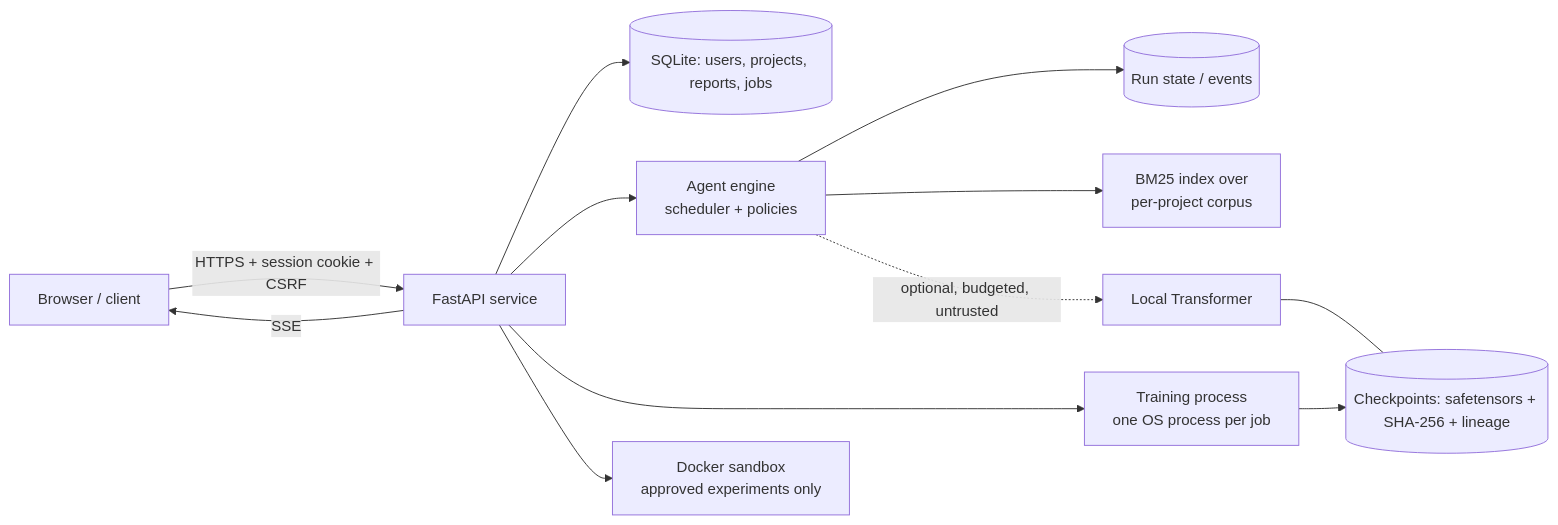
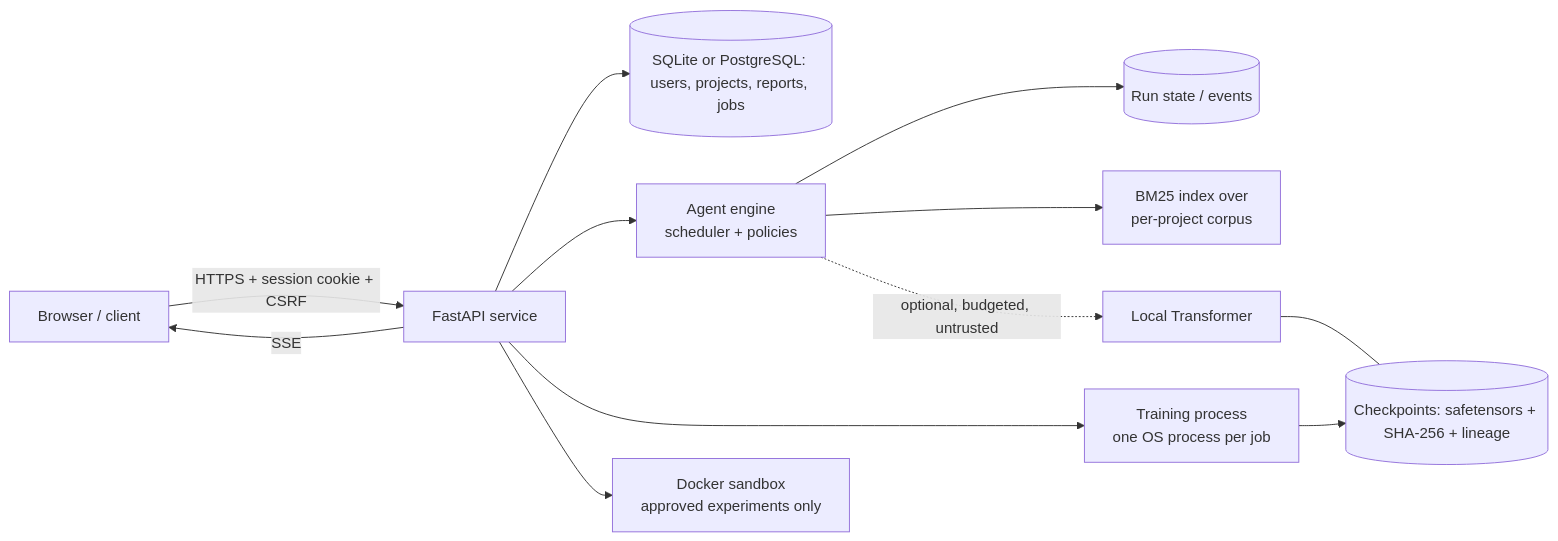
The diagram in README.md (Adithya-charan/ResearchOS), drawn with Mermaid before and after one commit. The commit also changed other lines of this file and 145 other files, not shown here.

First line of the commit message:
feat: PostgreSQL support, custom model lab and web frontend (P7-P9)

````diff
--- a/README.md
+++ b/README.md
@@ -44,14 +45,14 @@
 ```mermaid
 flowchart LR
     U[Browser / client] -->|HTTPS + session cookie + CSRF| API[FastAPI service]
-    API --> DB[(SQLite: users, projects, reports, jobs)]
+    API --> DB[(SQLite or PostgreSQL: users, projects, reports, jobs)]
     API --> ENG[Agent engine<br/>scheduler + policies]
     ENG --> ST[(Run state / events)]
     ENG --> IDX[BM25 index over<br/>per-project corpus]
     ENG -. optional, budgeted, untrusted .-> LM[Local Transformer]
     API --> TR[Training process<br/>one OS process per job]
     API --> SBX[Docker sandbox<br/>approved experiments only]
     API -->|SSE| U
     TR --> CK[(Checkpoints: safetensors + SHA-256 + lineage)]
     LM --- CK
 ```
````
